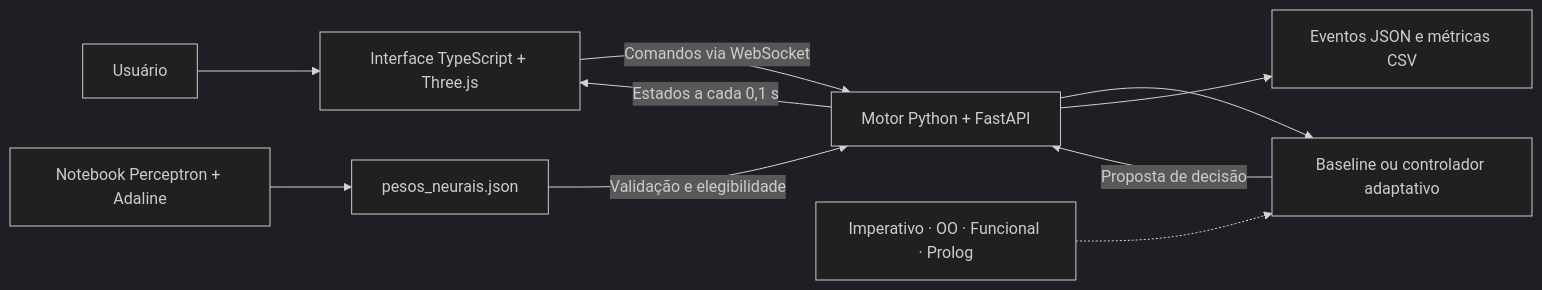
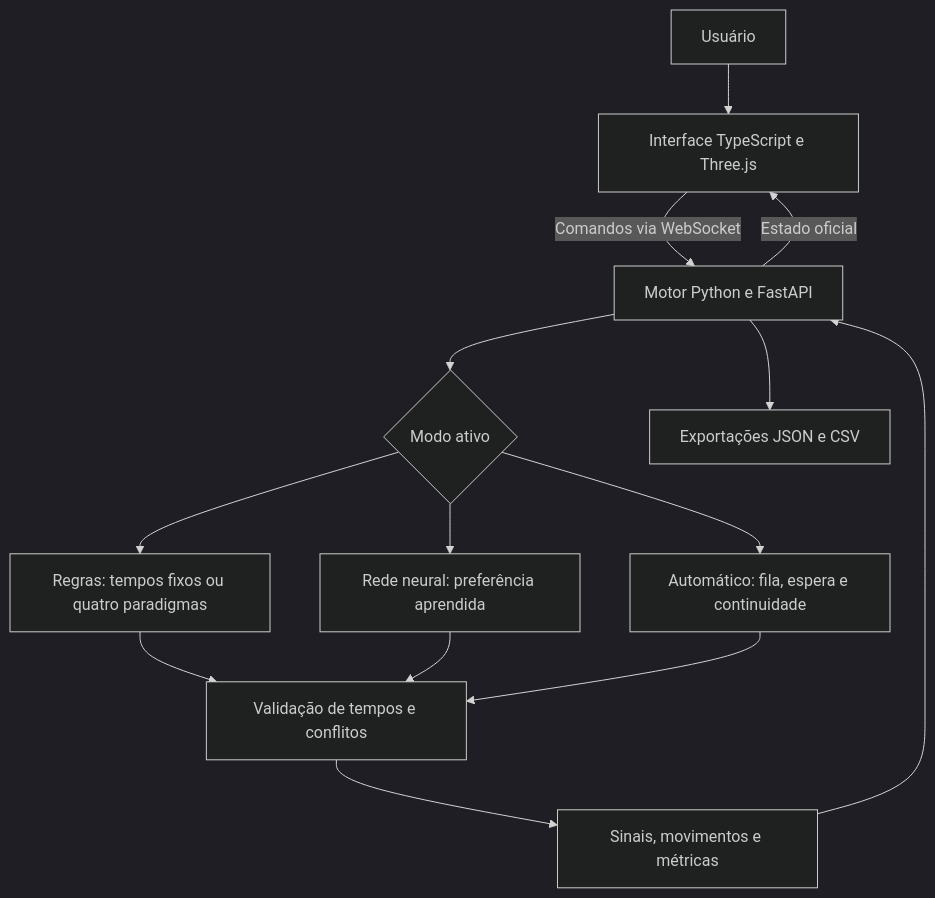
Before and after one commit to C4ioSimoes/lab_semaforos_inteligentes: the diagram in README.md, drawn with Mermaid (dark theme). The commit also changed other lines of this file and 51 other files, not shown here.

First line of the commit message:
Finaliza laboratório 3D e documenta paradigmas, redes neurais e desempenho

````diff
--- a/README.md
+++ b/README.md
@@ -118,12 +168,16 @@
 ```mermaid
-flowchart LR
-    U[Usuário] --> V[Interface TypeScript + Three.js]
-    V -->|Comandos via WebSocket| M[Motor Python + FastAPI]
-    M -->|Estados a cada 0,1 s| V
-    M --> C[Baseline ou controlador adaptativo]
-    C -->|Proposta de decisão| M
-    P[Imperativo · OO · Funcional · Prolog] -.-> C
-    N[Notebook Perceptron + Adaline] --> J[pesos_neurais.json]
-    J -->|Validação e elegibilidade| M
-    M --> E[Eventos JSON e métricas CSV]
+flowchart TD
+    U[Usuário] --> V[Interface TypeScript e Three.js]
+    V -->|Comandos via WebSocket| M[Motor Python e FastAPI]
+    M -->|Estado oficial| V
+    M --> P{Modo ativo}
+    P --> R[Regras: tempos fixos ou quatro paradigmas]
+    P --> N[Rede neural: preferência aprendida]
+    P --> A[Automático: fila, espera e continuidade]
+    R --> G[Validação de tempos e conflitos]
+    N --> G
+    A --> G
+    G --> S[Sinais, movimentos e métricas]
+    S --> M
+    M --> E[Exportações JSON e CSV]
 ```
````
